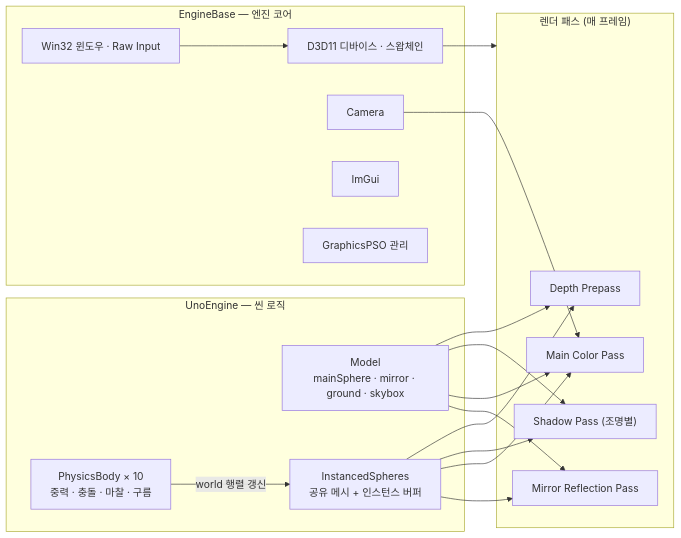
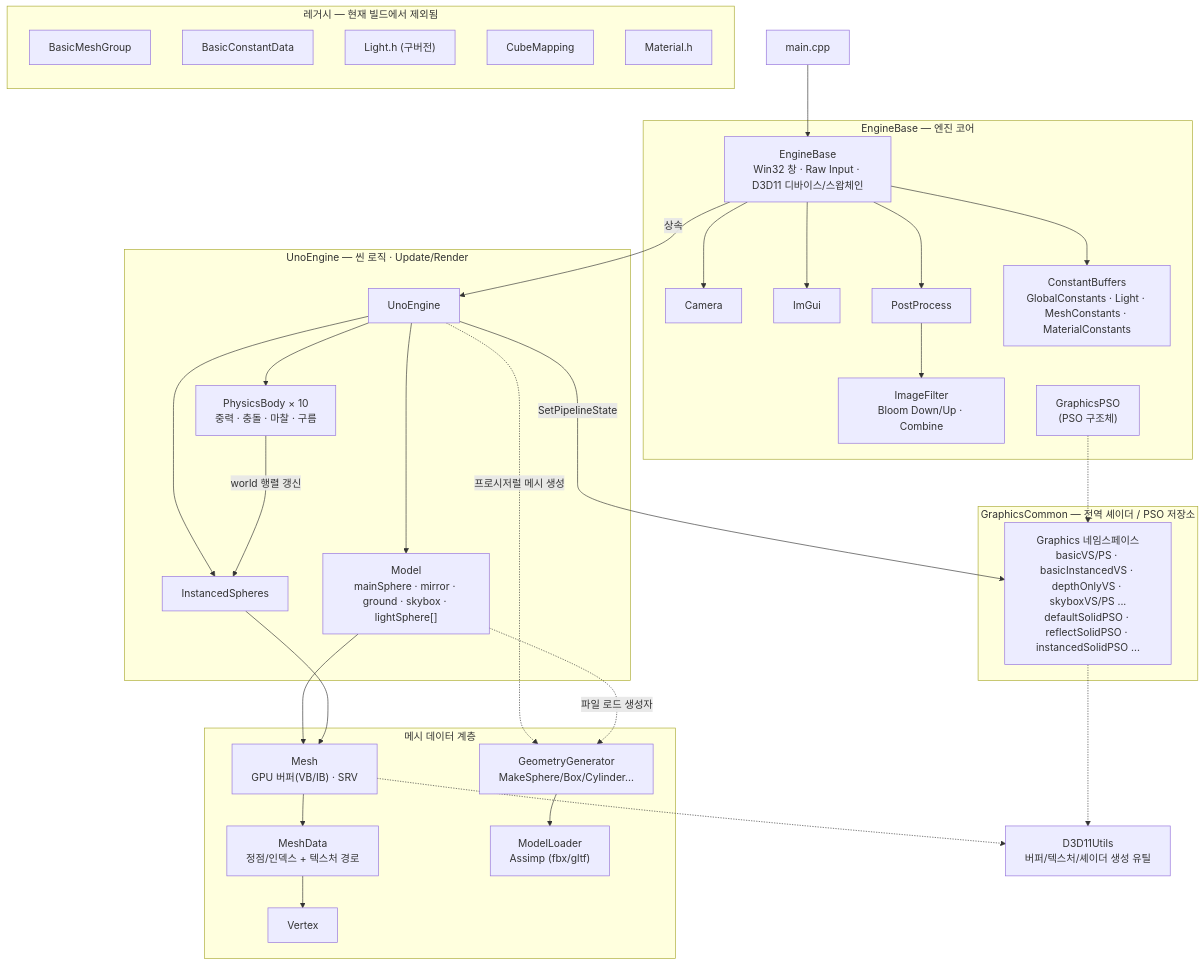
One commit to AsanHO/uno_engine changed the first of 2 diagrams in README.md. Above: the diagram before and after it, drawn with Mermaid. The commit also changed other lines of this file, not shown here.

Commit message:
README 그래프 수정

````diff
--- a/README.md
+++ b/README.md
@@ -28,30 +28,63 @@
 ```mermaid
-flowchart LR
-    subgraph Core["EngineBase — 엔진 코어"]
-        Win32["Win32 윈도우 · Raw Input"]
-        D3D["D3D11 디바이스 · 스왑체인"]
+flowchart TB
+    Main["main.cpp"] --> EB
+
+    subgraph EBBox["EngineBase — 엔진 코어"]
+        EB["EngineBase\nWin32 창 · Raw Input · D3D11 디바이스/스왑체인"]
         Cam["Camera"]
         Gui["ImGui"]
-        Pso["GraphicsPSO 관리"]
+        PP["PostProcess"]
+        IF["ImageFilter\nBloom Down/Up · Combine"]
+        GPSO["GraphicsPSO\n(PSO 구조체)"]
+        CBuf["ConstantBuffers\nGlobalConstants · Light · MeshConstants · MaterialConstants"]
     end
+    EB --> Cam
+    EB --> Gui
+    EB --> PP --> IF
+    EB --> CBuf
 
-    subgraph Scene["UnoEngine — 씬 로직"]
-        Models["Model\nmainSphere · mirror · ground · skybox"]
-        Phys["PhysicsBody × 10\n중력 · 충돌 · 마찰 · 구름"]
-        Inst["InstancedSpheres\n공유 메시 + 인스턴스 버퍼"]
+    EB -->|상속| UE
+
+    subgraph UEBox["UnoEngine — 씬 로직 · Update/Render"]
+        UE["UnoEngine"]
+        Mdl["Model\nmainSphere · mirror · ground · skybox · lightSphere[]"]
+        PB["PhysicsBody × 10\n중력 · 충돌 · 마찰 · 구름"]
+        Inst["InstancedSpheres"]
     end
+    UE --> Mdl
+    UE --> PB
+    UE --> Inst
+    PB -->|world 행렬 갱신| Inst
 
-    subgraph Pass["렌더 패스 (매 프레임)"]
-        Depth["Depth Prepass"]
-        Shadow["Shadow Pass (조명별)"]
-        Color["Main Color Pass"]
-        Mirror["Mirror Reflection Pass"]
+    subgraph MeshBox["메시 데이터 계층"]
+        Mesh["Mesh\nGPU 버퍼(VB/IB) · SRV"]
+        MD["MeshData\n정점/인덱스 + 텍스처 경로"]
+        Vtx["Vertex"]
+        GG["GeometryGenerator\nMakeSphere/Box/Cylinder..."]
+        ML["ModelLoader\nAssimp (fbx/gltf)"]
     end
+    Mdl --> Mesh --> MD --> Vtx
+    Inst --> Mesh
+    UE -.->|프로시저럴 메시 생성| GG
+    Mdl -.->|파일 로드 생성자| GG
+    GG --> ML
 
-    Win32 --> D3D
-    Cam --> Color
-    Phys -->|world 행렬 갱신| Inst
-    Models --> Depth & Shadow & Color & Mirror
-    Inst --> Depth & Shadow & Color & Mirror
-    D3D --> Pass
+    subgraph GfxBox["GraphicsCommon — 전역 셰이더 / PSO 저장소"]
+        GC["Graphics 네임스페이스\nbasicVS/PS · basicInstancedVS · depthOnlyVS · skyboxVS/PS ...\ndefaultSolidPSO · reflectSolidPSO · instancedSolidPSO ..."]
+    end
+    GPSO -.-> GC
+    UE -->|SetPipelineState| GC
+
+    D3U["D3D11Utils\n버퍼/텍스처/셰이더 생성 유틸"]
+    Mesh -.-> D3U
+    GC -.-> D3U
+
+    subgraph Legacy["레거시 — 현재 빌드에서 제외됨"]
+        direction TB
+        L1["BasicMeshGroup"]
+        L2["BasicConstantData"]
+        L3["Light.h (구버전)"]
+        L4["CubeMapping"]
+        L5["Material.h"]
+    end
 ```
````
